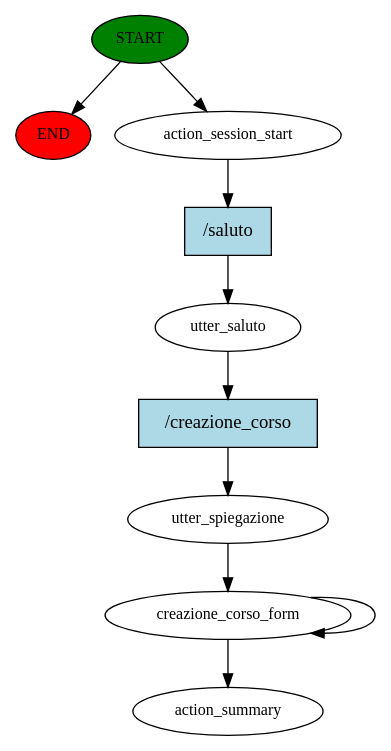
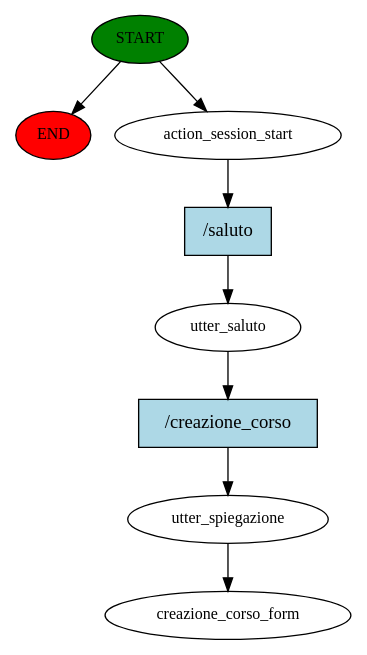
One commit to irenemante/corsi_chatbot changed the diagram in story_graph.dot. Above: the diagram before and after it, drawn with Graphviz. The commit also changed 14 other files, not shown here.

```diff
--- a/story_graph.dot
+++ b/story_graph.dot
@@ -1,20 +1,17 @@
 digraph  {
 0 [class="start active", fillcolor=green, fontsize=12, label=START, style=filled];
 "-1" [class=end, fillcolor=red, fontsize=12, label=END, style=filled];
 1 [class=active, fontsize=12, label=action_session_start];
 2 [class=active, fontsize=12, label=utter_saluto];
 3 [class=active, fontsize=12, label=utter_spiegazione];
-4 [class=active, fontsize=12, label=creazione_corso_form];
-6 [class="dashed active", fontsize=12, label=action_summary];
-7 [class="intent active", fillcolor=lightblue, label="/saluto", shape=rect, style=filled];
-8 [class="intent active", fillcolor=lightblue, label="/creazione_corso", shape=rect, style=filled];
+4 [class="dashed active", fontsize=12, label=creazione_corso_form];
+5 [class="intent active", fillcolor=lightblue, label="/saluto", shape=rect, style=filled];
+6 [class="intent active", fillcolor=lightblue, label="/creazione_corso", shape=rect, style=filled];
 0 -> "-1"  [class="", key=NONE, label=""];
 0 -> 1  [class=active, key=NONE, label=""];
-1 -> 7  [class=active, key=0];
-2 -> 8  [class=active, key=0];
+1 -> 5  [class=active, key=0];
+2 -> 6  [class=active, key=0];
 3 -> 4  [class=active, key=NONE, label=""];
-4 -> 6  [class=active, key=NONE, label=""];
-4 -> 4  [class=active, key=NONE, label=""];
-7 -> 2  [class=active, key=0];
-8 -> 3  [class=active, key=0];
+5 -> 2  [class=active, key=0];
+6 -> 3  [class=active, key=0];
 }
```
